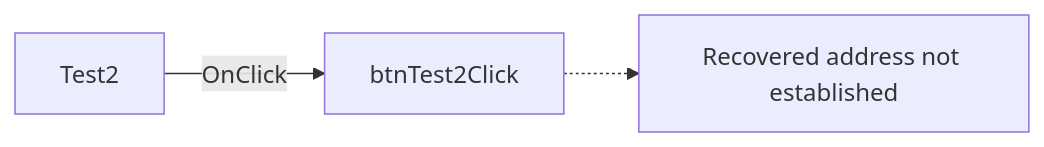
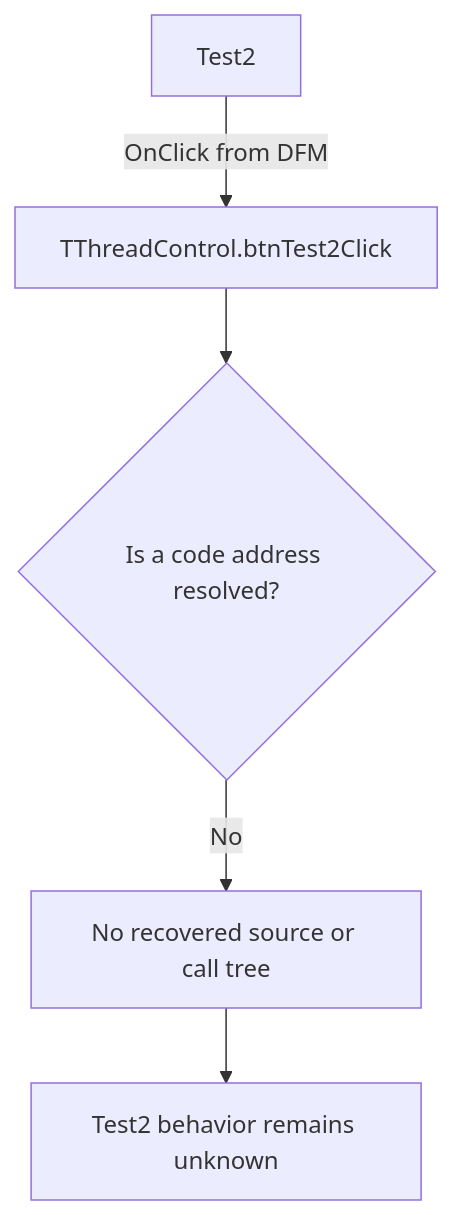
Before and after one commit to MovGP0/TIARA: the diagram in docs/ui-controls/threadcontrol/btntest2-ff57d5803c.md, drawn with Mermaid. The commit also changed other lines of this file and 1062 other files, not shown here.

````diff
--- a/docs/ui-controls/threadcontrol/btntest2-ff57d5803c.md
+++ b/docs/ui-controls/threadcontrol/btntest2-ff57d5803c.md
@@ -27,5 +29,7 @@
 ```mermaid
-flowchart LR
-    control["Test2"] -->|OnClick| handler["btnTest2Click"]
-    handler -.-> unresolved["Recovered address not established"]
+flowchart TD
+    control["Test2"] -->|OnClick from DFM| binding["TThreadControl.btnTest2Click"]
+    binding --> address{"Is a code address resolved?"}
+    address -->|No| gap["No recovered source or call tree"]
+    gap --> unknown["Test2 behavior remains unknown"]
 ```
````
